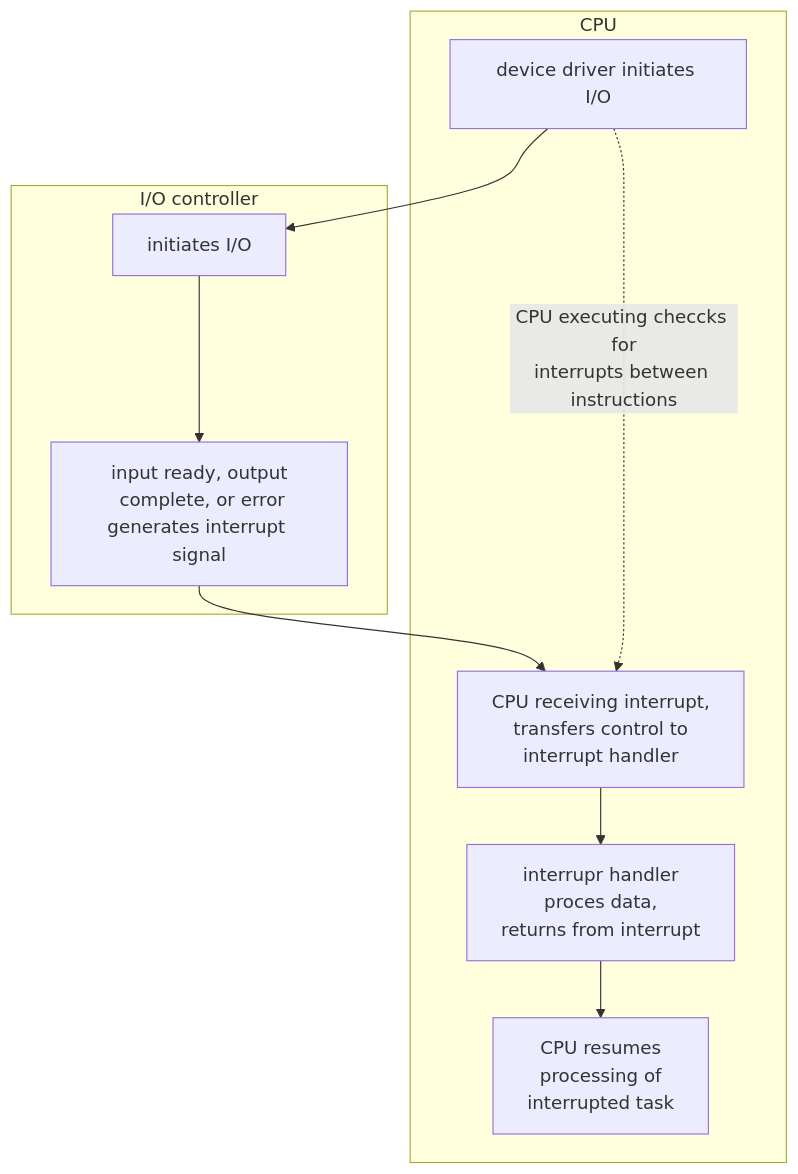
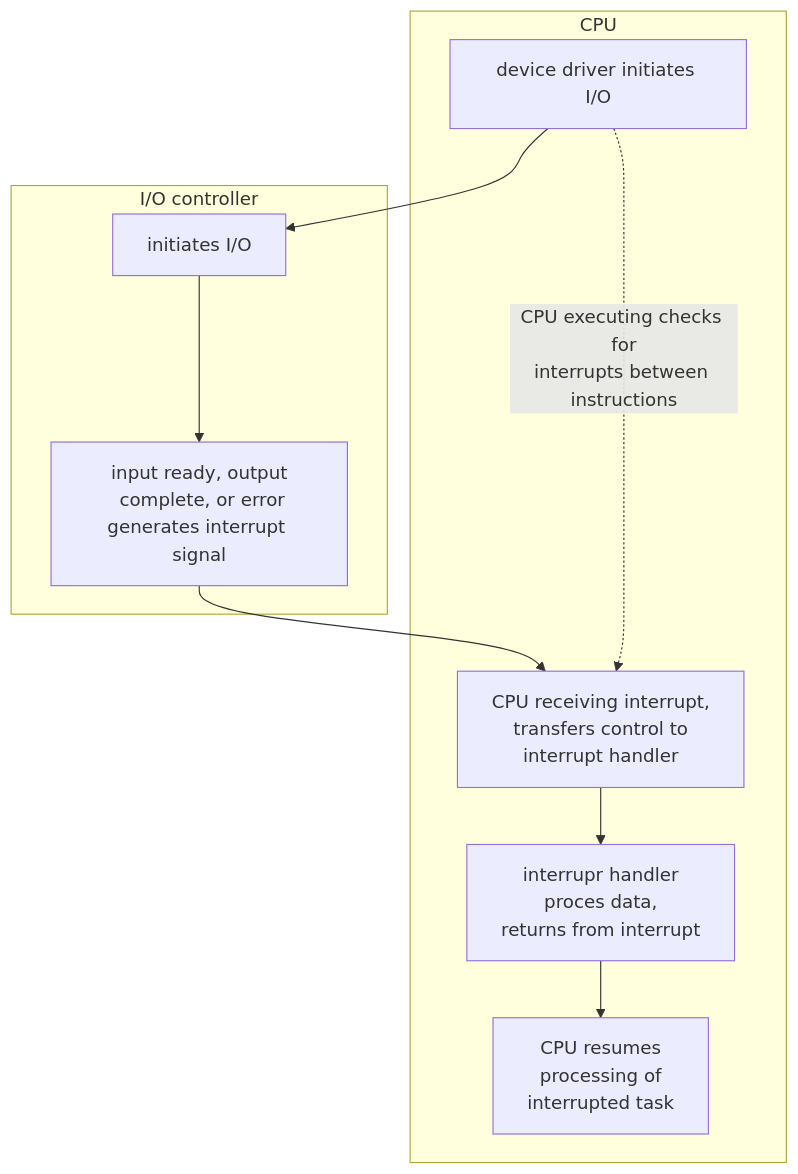
One commit to FUTURETECH6/Notes_Junior1 changed the diagram in OS/12_IO.md. Above: the diagram before and after it, drawn with Mermaid. The commit also changed other lines of this file and 53 other files, not shown here.

````diff
--- a/OS/12_IO.md
+++ b/OS/12_IO.md
@@ -60,16 +60,16 @@
 ```mermaid
 graph TB
 
 subgraph CPU
     a["device driver initiates I/O"]
     d["CPU receiving interrupt,<br />transfers control to<br />interrupt handler"]
     e["interrupr handler<br />proces data,<br />returns from interrupt"]
     f["CPU resumes<br />processing of<br />interrupted task"]
 end
 subgraph "I/O controller"
     b[initiates I/O]
     c["input ready, output<br /> complete, or error<br />generates interrupt signal"]
 end
 a-->b-->c-->d-->e-->f
-a-.CPU executing checcks for<br />interrupts between instructions..->d
+a-.CPU executing checks for<br />interrupts between instructions..->d
 ```
````
